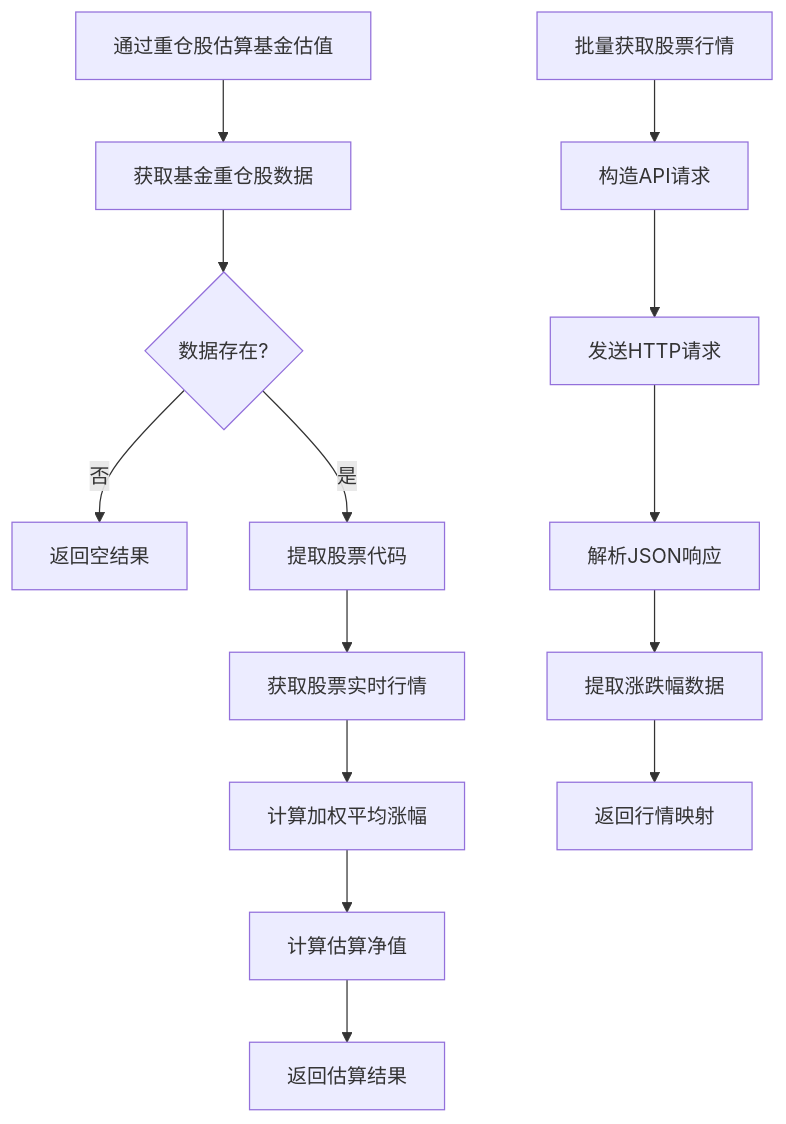
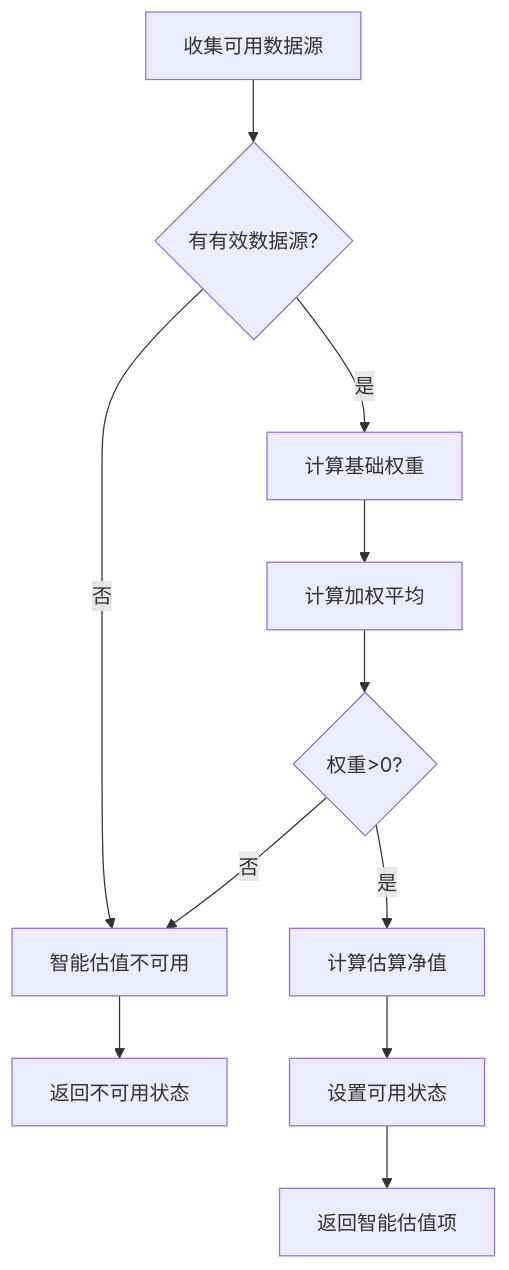
Before and after one commit to gree-coder/fund-butler: the sixth of 11 diagrams in .qoder/repowiki/zh/content/核心功能开发/实时市场数据可视化.md, drawn with Mermaid. The commit also changed other lines of this file and 23 other files, not shown here.

````diff
--- a/.qoder/repowiki/zh/content/核心功能开发/实时市场数据可视化.md
+++ b/.qoder/repowiki/zh/content/核心功能开发/实时市场数据可视化.md
@@ -271,16 +323,13 @@
 ```mermaid
 flowchart TD
-A[通过重仓股估算基金估值] --> B[获取基金重仓股数据]
-B --> C{数据存在?}
-C --> |否| D[返回空结果]
-C --> |是| E[提取股票代码]
-E --> F[获取股票实时行情]
-F --> G[计算加权平均涨幅]
-G --> H[计算估算净值]
-H --> I[返回估算结果]
-J[批量获取股票行情] --> K[构造API请求]
-K --> L[发送HTTP请求]
-L --> M[解析JSON响应]
-M --> N[提取涨跌幅数据]
-N --> O[返回行情映射]
+A[收集可用数据源] --> B{有有效数据源?}
+B --> |否| C[智能估值不可用]
+B --> |是| D[计算基础权重]
+D --> E[计算加权平均]
+E --> F{权重>0?}
+F --> |否| C
+F --> |是| G[计算估算净值]
+G --> H[设置可用状态]
+H --> I[返回智能估值项]
+C --> J[返回不可用状态]
 ```
````
